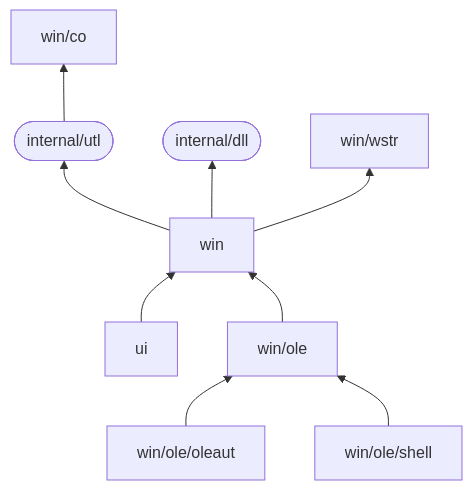
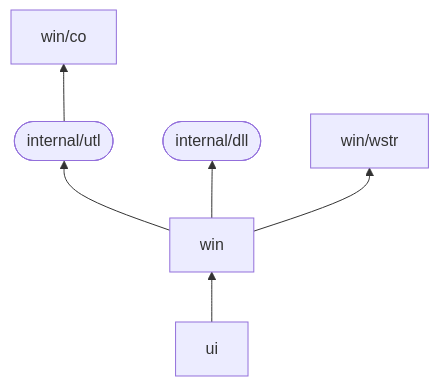
One commit to rodrigocfd/windigo changed the diagram in README.md. Above: the diagram before and after it, drawn with Mermaid. The commit also changed other lines of this file and 85 other files, not shown here.

````diff
--- a/README.md
+++ b/README.md
@@ -379,11 +373,8 @@
 ```mermaid
 flowchart BT
     internal/utl([internal/utl]) --> win/co
     ui --> win
     win --> internal/dll([internal/dll])
     win --> internal/utl
     win --> win/wstr
-    win/ole --> win
-    win/ole/oleaut --> win/ole
-    win/ole/shell --> win/ole
 ```
````
